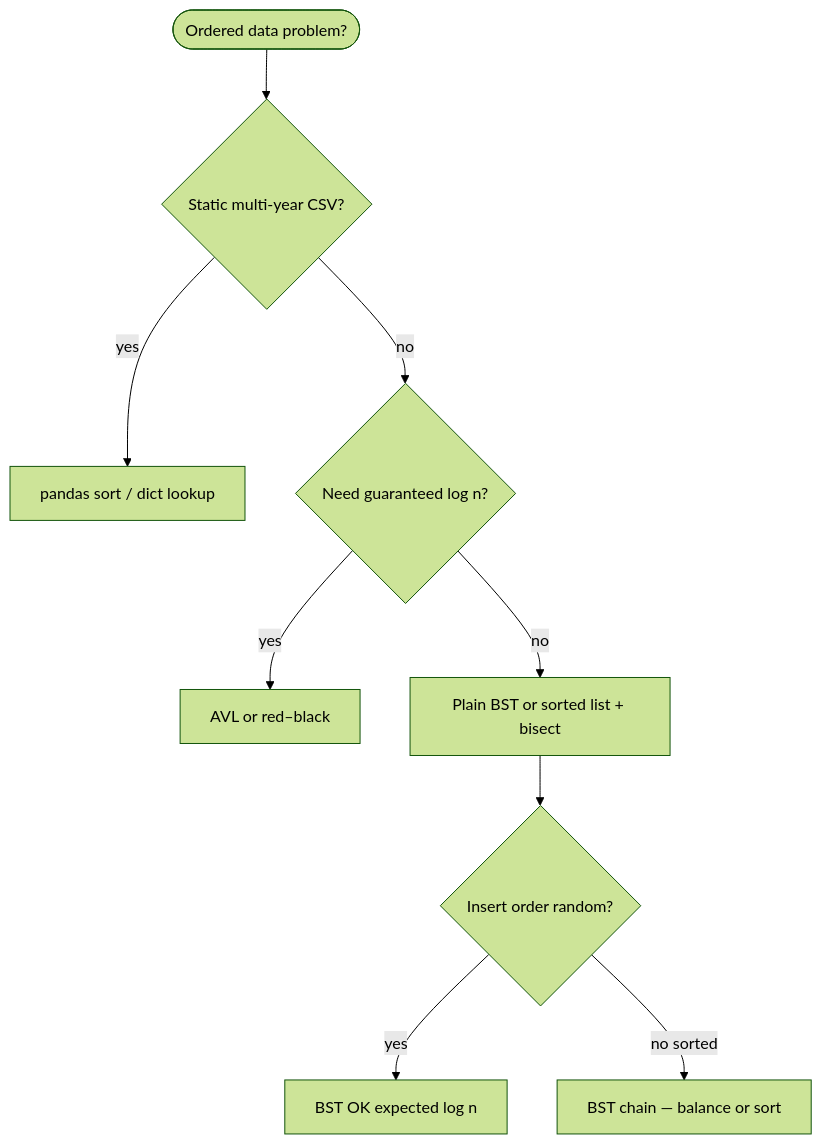
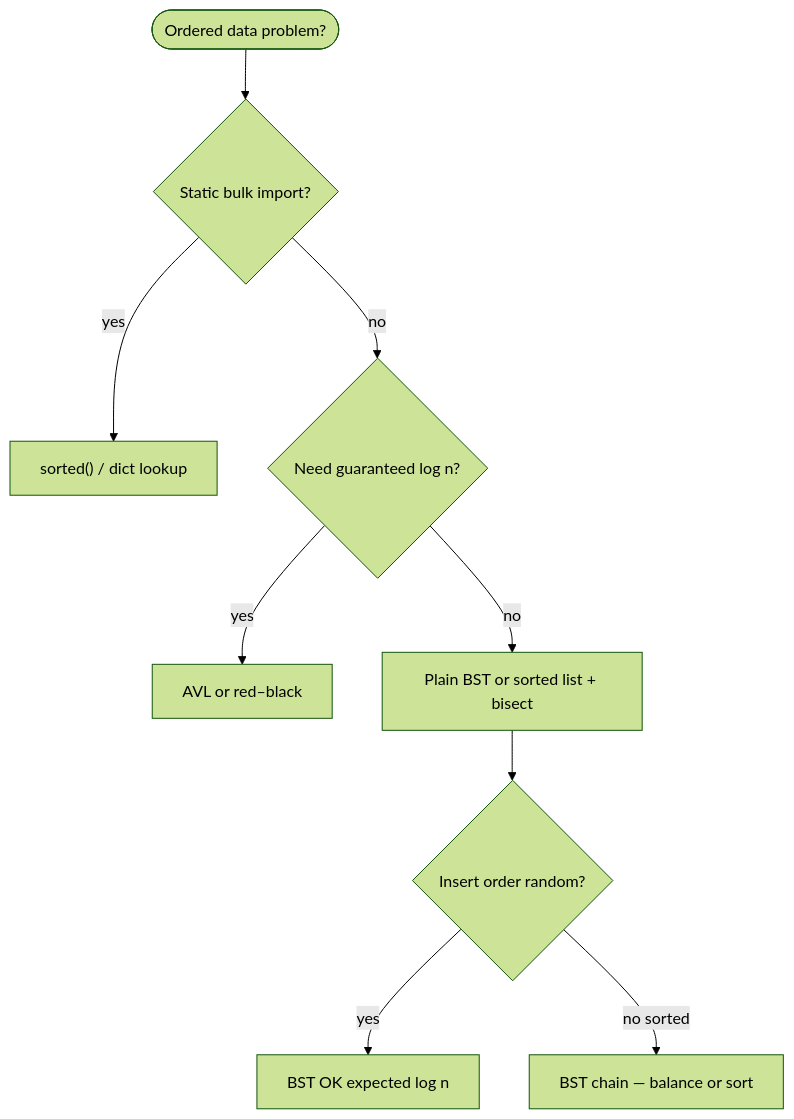
Before and after one commit to qgjones9/python-programming-guide: the seventh of 7 diagrams in docs/dsa/data-structures/binary-search-tree/index.md, drawn with Mermaid (forest theme). The commit also changed other lines of this file and 31 other files, not shown here.

````diff
--- a/docs/dsa/data-structures/binary-search-tree/index.md
+++ b/docs/dsa/data-structures/binary-search-tree/index.md
@@ -687,12 +686,12 @@
 ```mermaid
 flowchart TD
-  Q([Ordered data problem?])
-  Q --> S{Static multi-year CSV?}
-  S -->|yes| P["pandas sort / dict lookup"]
-  S -->|no| I{Need guaranteed log n?}
-  I -->|yes| B["AVL or red–black"]
-  I -->|no| T["Plain BST or sorted list + bisect"]
-  T --> R{Insert order random?}
-  R -->|yes| BST["BST OK expected log n"]
-  R -->|no sorted| BAD["BST chain — balance or sort"]
+ Q([Ordered data problem?])
+ Q --> S{Static bulk import?}
+ S -->|yes| P["sorted() / dict lookup"]
+ S -->|no| I{Need guaranteed log n?}
+ I -->|yes| B["AVL or red–black"]
+ I -->|no| T["Plain BST or sorted list + bisect"]
+ T --> R{Insert order random?}
+ R -->|yes| BST["BST OK expected log n"]
+ R -->|no sorted| BAD["BST chain — balance or sort"]
 ```
````
